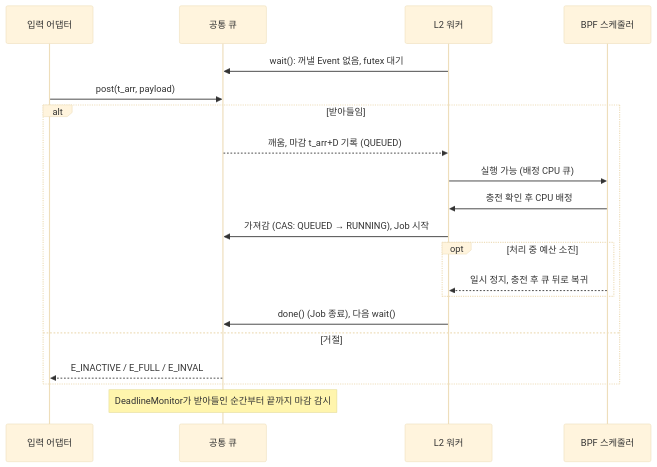
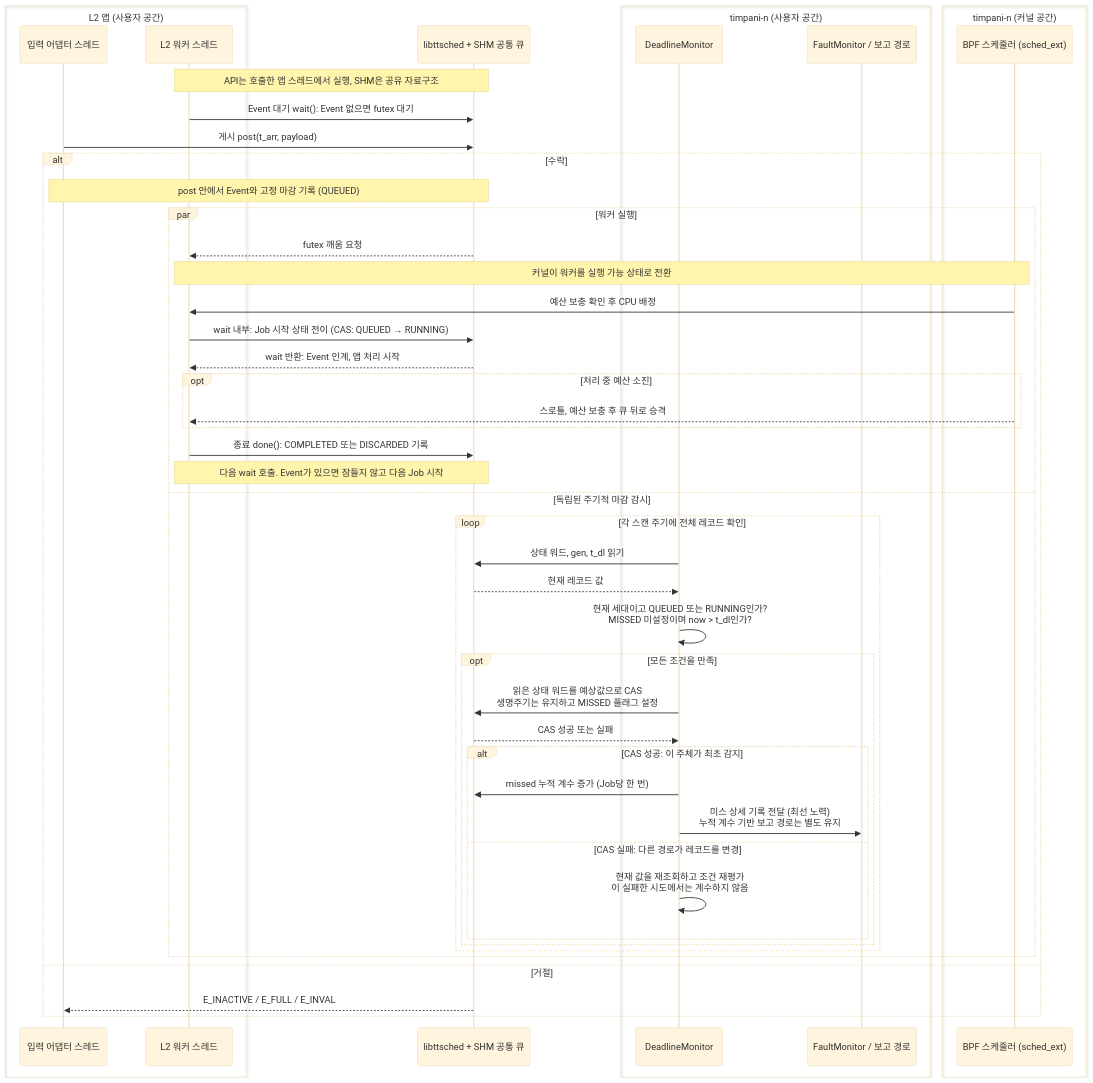
Before and after one commit to akshayg0314/timpani26: the second of 2 diagrams in doc/design/kor/OVERVIEW-008-event-driven-workload-support.md, drawn with Mermaid (base theme). The commit also changed other lines of this file and 8 other files, not shown here.

````diff
--- a/doc/design/kor/OVERVIEW-008-event-driven-workload-support.md
+++ b/doc/design/kor/OVERVIEW-008-event-driven-workload-support.md
@@ -160,22 +155,51 @@
 ```mermaid
 sequenceDiagram
-    participant A as 입력 어댑터
-    participant Q as 공통 큐
-    participant W as L2 워커
-    participant B as BPF 스케줄러
-    W->>Q: wait(): 꺼낼 Event 없음, futex 대기
-    A->>Q: post(t_arr, payload)
-    alt 받아들임
-        Q-->>W: 깨움, 마감 t_arr+D 기록 (QUEUED)
-        W->>B: 실행 가능 (배정 CPU 큐)
-        B->>W: 충전 확인 후 CPU 배정
-        W->>Q: 가져감 (CAS: QUEUED → RUNNING), Job 시작
-        opt 처리 중 예산 소진
-            B-->>W: 일시 정지, 충전 후 큐 뒤로 복귀
+    box L2 앱 (사용자 공간)
+        participant A as 입력 어댑터 스레드
+        participant W as L2 워커 스레드
+    end
+    participant Q as libttsched + SHM 공통 큐
+    box timpani-n (사용자 공간)
+        participant DM as DeadlineMonitor
+        participant FM as FaultMonitor / 보고 경로
+    end
+    box timpani-n (커널 공간)
+        participant B as BPF 스케줄러 (sched_ext)
+    end
+    Note over W,Q: API는 호출한 앱 스레드에서 실행, SHM은 공유 자료구조
+    W->>Q: Event 대기 wait(): Event 없으면 futex 대기
+    A->>Q: 게시 post(t_arr, payload)
+    alt 수락
+        Note over A,Q: post 안에서 Event와 고정 마감 기록 (QUEUED)
+        par 워커 실행
+            Q-->>W: futex 깨움 요청
+            Note over W,B: 커널이 워커를 실행 가능 상태로 전환
+            B->>W: 예산 보충 확인 후 CPU 배정
+            W->>Q: wait 내부: Job 시작 상태 전이 (CAS: QUEUED → RUNNING)
+            Q-->>W: wait 반환: Event 인계, 앱 처리 시작
+            opt 처리 중 예산 소진
+                B-->>W: 스로틀, 예산 보충 후 큐 뒤로 승격
+            end
+            W->>Q: 종료 done(): COMPLETED 또는 DISCARDED 기록
+            Note over W,Q: 다음 wait 호출. Event가 있으면 잠들지 않고 다음 Job 시작
+        and 독립된 주기적 마감 감시
+            loop 각 스캔 주기에 전체 레코드 확인
+                DM->>Q: 상태 워드, gen, t_dl 읽기
+                Q-->>DM: 현재 레코드 값
+                DM->>DM: 현재 세대이고 QUEUED 또는 RUNNING인가?<br/>MISSED 미설정이며 now > t_dl인가?
+                opt 모든 조건을 만족
+                    DM->>Q: 읽은 상태 워드를 예상값으로 CAS<br/>생명주기는 유지하고 MISSED 플래그 설정
+                    Q-->>DM: CAS 성공 또는 실패
+                    alt CAS 성공: 이 주체가 최초 감지
+                        DM->>Q: missed 누적 계수 증가 (Job당 한 번)
+                        DM->>FM: 미스 상세 기록 전달 (최선 노력)<br/>누적 계수 기반 보고 경로는 별도 유지
+                    else CAS 실패: 다른 경로가 레코드를 변경
+                        DM->>DM: 현재 값을 재조회하고 조건 재평가<br/>이 실패한 시도에서는 계수하지 않음
+                    end
+                end
+            end
         end
-        W->>Q: done() (Job 종료), 다음 wait()
     else 거절
         Q-->>A: E_INACTIVE / E_FULL / E_INVAL
     end
-    Note over Q: DeadlineMonitor가 받아들인 순간부터 끝까지 마감 감시
 ```
````
